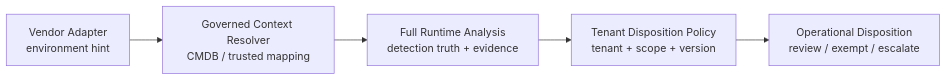
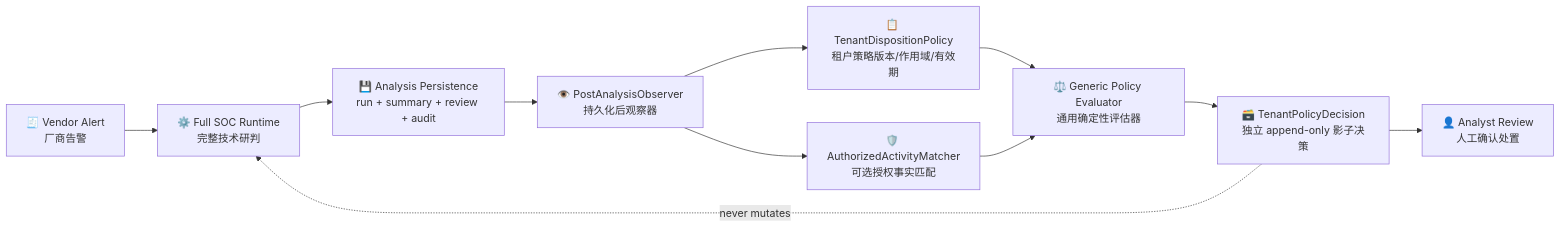
Before and after one commit to yydspanda/deer-flow: diagram 14 of 16 in .notes/ai_soc/soc-agent-solution.md, drawn with Mermaid. The commit also changed other lines of this file and 71 other files, not shown here.

Commit message:
feat(soc): govern PingAn policy and internal integration

````diff
--- a/.notes/ai_soc/soc-agent-solution.md
+++ b/.notes/ai_soc/soc-agent-solution.md
@@ -1260,7 +1268,13 @@
 ```mermaid
 flowchart LR
-    A["Vendor Adapter<br/>environment hint"] --> C["Governed Context Resolver<br/>CMDB / trusted mapping"]
-    C --> R["Full Runtime Analysis<br/>detection truth + evidence"]
-    R --> P["Tenant Disposition Policy<br/>tenant + scope + version"]
-    P --> D["Operational Disposition<br/>review / exempt / escalate"]
+    A["🧾 Vendor Alert<br/>厂商告警"] --> R["⚙️ Full SOC Runtime<br/>完整技术研判"]
+    R --> DB["💾 Analysis Persistence<br/>run + summary + review + audit"]
+    DB --> O["👁️ PostAnalysisObserver<br/>持久化后观察器"]
+    O --> P["📋 TenantDispositionPolicy<br/>租户策略版本/作用域/有效期"]
+    O --> G["🛡️ AuthorizedActivityMatcher<br/>可选授权事实匹配"]
+    P --> E["⚖️ Generic Policy Evaluator<br/>通用确定性评估器"]
+    G --> E
+    E --> D["🗃️ TenantPolicyDecision<br/>独立 append-only 影子决策"]
+    D --> H["👤 Analyst Review<br/>人工确认处置"]
+    D -. "never mutates" .-> R
 ```
````
